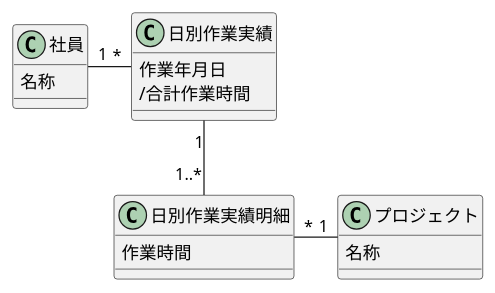
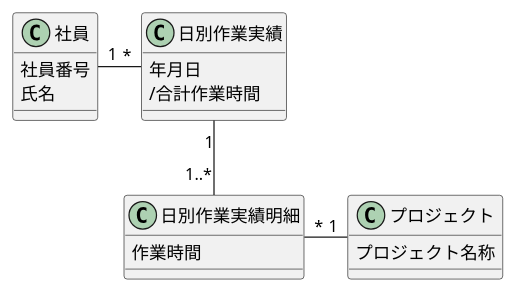
Before and after one commit to yinm/uml-modeling-lesson: the diagram in ch06/excercise/6-1.puml, drawn with PlantUML. The commit also changed 3 other files, not shown here.

```diff
--- a/ch06/excercise/6-1.puml
+++ b/ch06/excercise/6-1.puml
@@ -1,24 +1,25 @@
 @startuml
 
 class 社員 {
-  名称
+  社員番号
+  氏名
 }
 
 class 日別作業実績 {
-  作業年月日
+  年月日
   /合計作業時間
 }
 
 class 日別作業実績明細 {
   作業時間
 }
 
 class プロジェクト {
-  名称
+  プロジェクト名称
 }
 
 社員 "1"-r-"*" 日別作業実績
-日別作業実績 "1"-d-"1..*" 日別作業実績明細
+日別作業実績 "1"--"1..*" 日別作業実績明細
 日別作業実績明細 "*"-r-"1" プロジェクト
 
 @enduml
```
